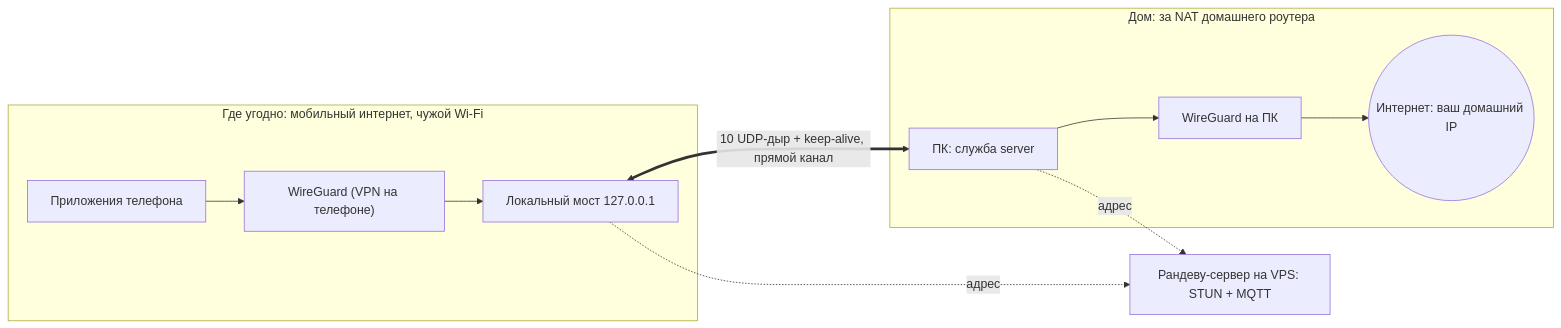
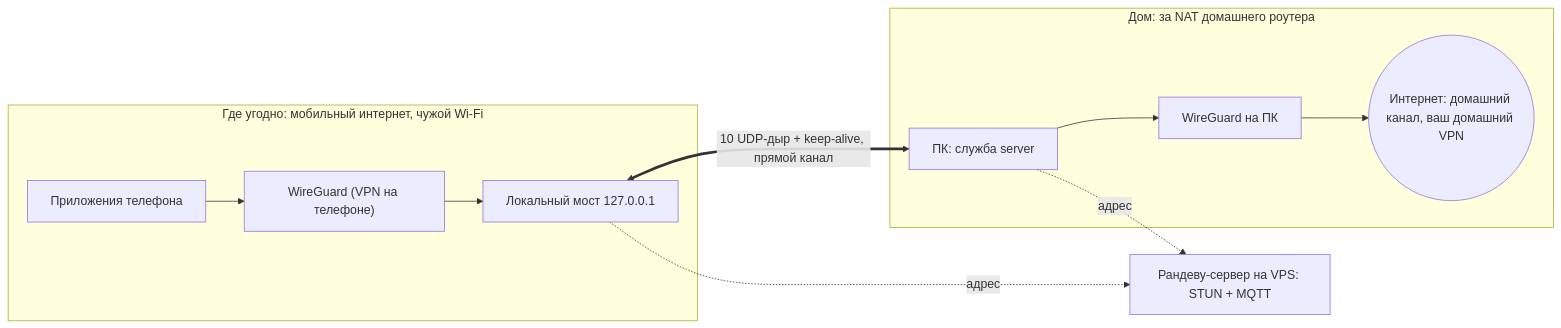
The first of 2 diagrams in README.md (sinushkin/home-proxy), drawn with Mermaid before and after one commit. The commit also changed other lines of this file and 1 other file, not shown here.

First line of the commit message:
README: мотивация, домашний VPN, TODO про STUN мимо VPN; CLAUDE.md: правила публичного репо

````diff
--- a/README.md
+++ b/README.md
@@ -7,15 +15,15 @@
 ```mermaid
 flowchart LR
     subgraph away["Где угодно: мобильный интернет, чужой Wi-Fi"]
         apps["Приложения телефона"] --> wg1["WireGuard (VPN на телефоне)"]
         wg1 --> bridge["Локальный мост 127.0.0.1"]
     end
     subgraph home["Дом: за NAT домашнего роутера"]
         srv["ПК: служба server"] --> wg2["WireGuard на ПК"]
-        wg2 --> net(("Интернет: ваш домашний IP"))
+        wg2 --> net(("Интернет: домашний канал, ваш домашний VPN"))
     end
     bridge <==>|"10 UDP-дыр + keep-alive, прямой канал"| srv
     rdv["Рандеву-сервер на VPS: STUN + MQTT"]
     bridge -.->|"адрес"| rdv
     srv -.->|"адрес"| rdv
 ```
````
